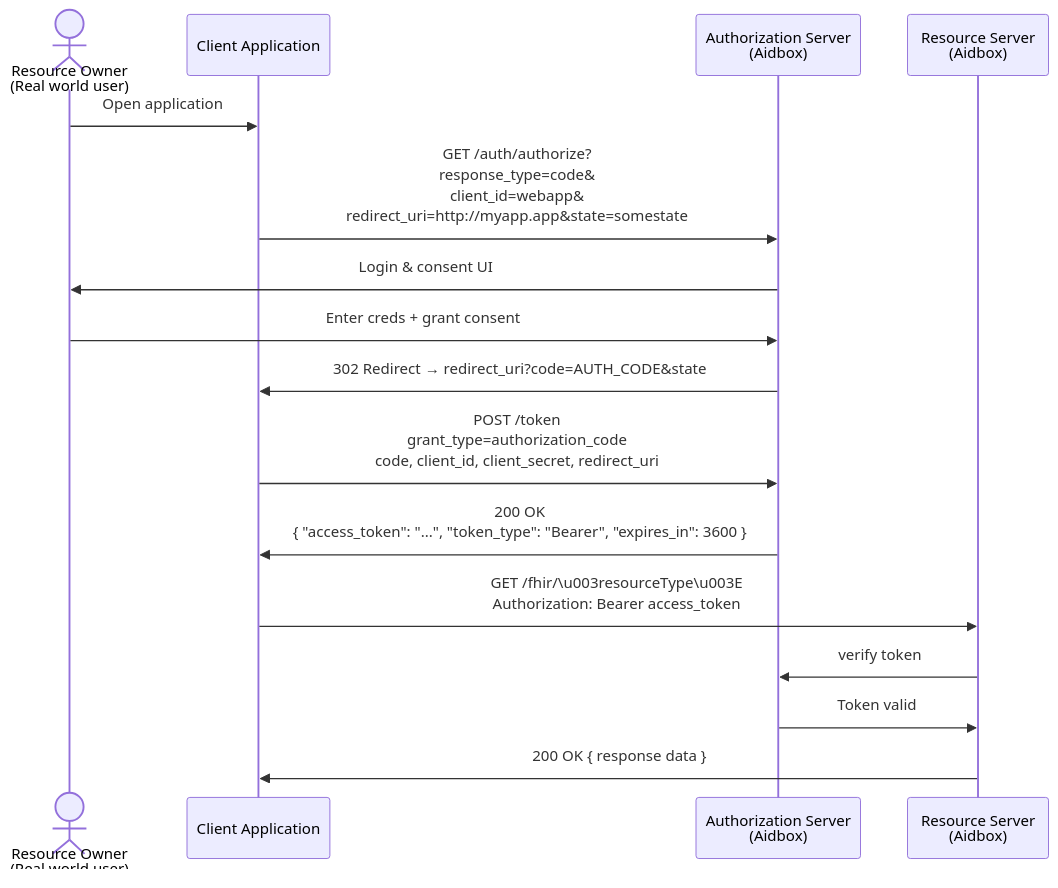
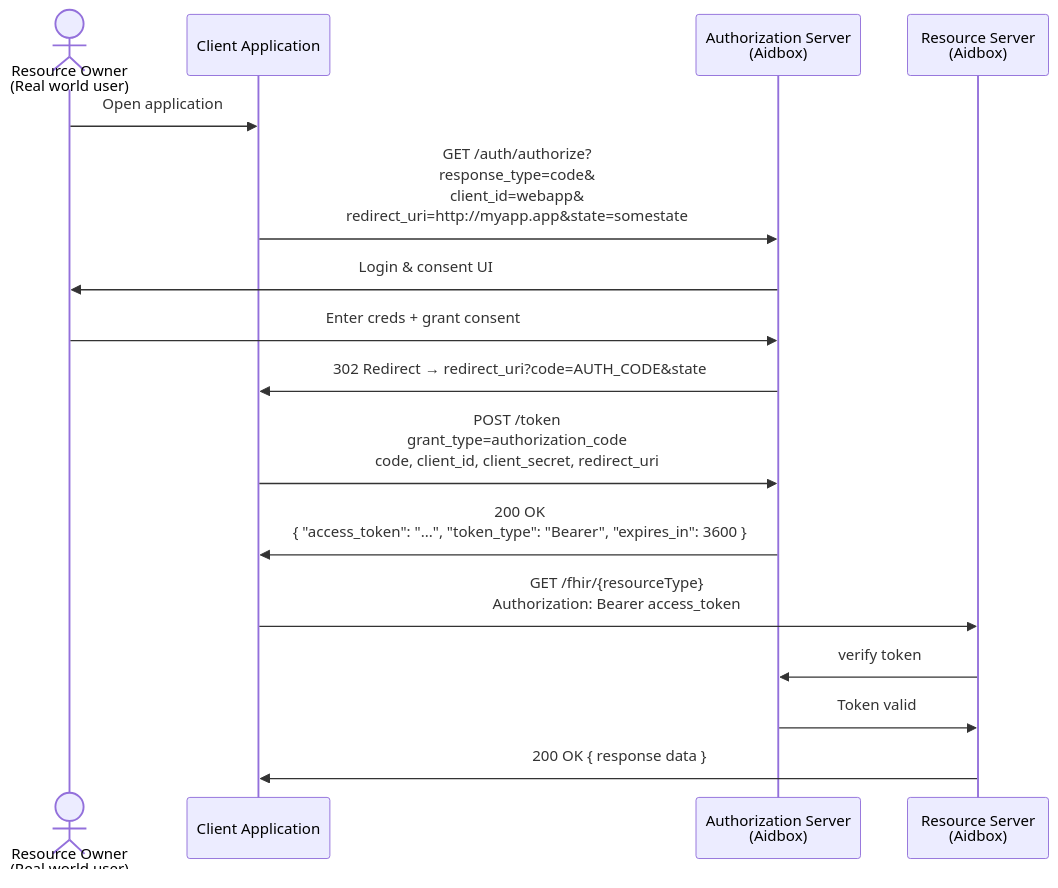
Before and after one commit to HealthSamurai/documentation: the second of 4 diagrams in docs/access-control/authentication/oauth-2-0.md, drawn with Mermaid. The commit also changed other lines of this file, not shown here.

````diff
--- a/docs/access-control/authentication/oauth-2-0.md
+++ b/docs/access-control/authentication/oauth-2-0.md
@@ -36,20 +36,20 @@
 ```mermaid fullWidth="true"
 sequenceDiagram
   actor User as Resource Owner<br>(Real world user)
   participant Client as Client Application
   participant AS as Authorization Server<br>(Aidbox)
   participant RS as Resource Server<br>(Aidbox)
 
   User->>Client: Open application
   Client->>AS: GET /auth/authorize?<br>response_type=code&<br>client_id=webapp&<br>redirect_uri=http://myapp.app&state=somestate
   AS->>User: Login & consent UI
   User->>AS: Enter creds + grant consent
   AS->>Client: 302 Redirect → redirect_uri?code=AUTH_CODE&state
   Client->>AS: POST /token<br/>grant_type=authorization_code<br/>code, client_id, client_secret, redirect_uri
    AS->>Client: 200 OK<br/>{ "access_token": "...", "token_type": "Bearer", "expires_in": 3600 }
   
-  Client->>RS: GET /fhir/\u003resourceType\u003E<br/>Authorization: Bearer access_token
+  Client->>RS: GET /fhir/{resourceType}<br/>Authorization: Bearer access_token
   RS->>AS: verify token
   AS->>RS: Token valid
   RS->>Client: 200 OK { response data }
 ```
````
